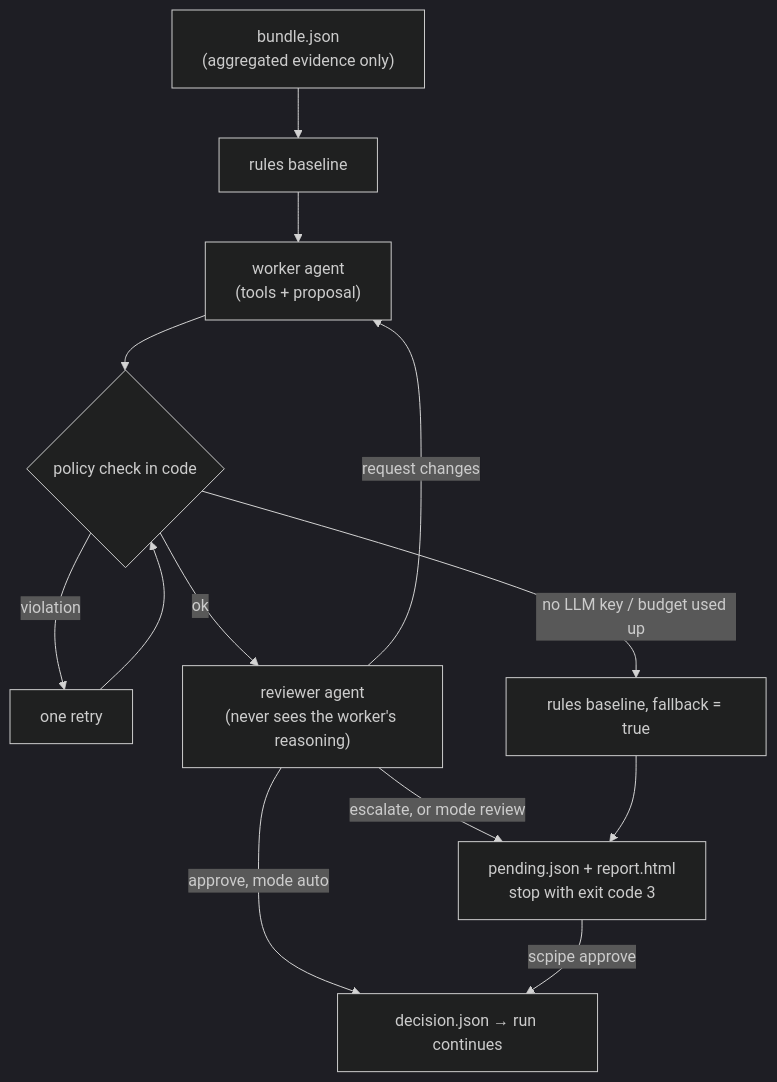
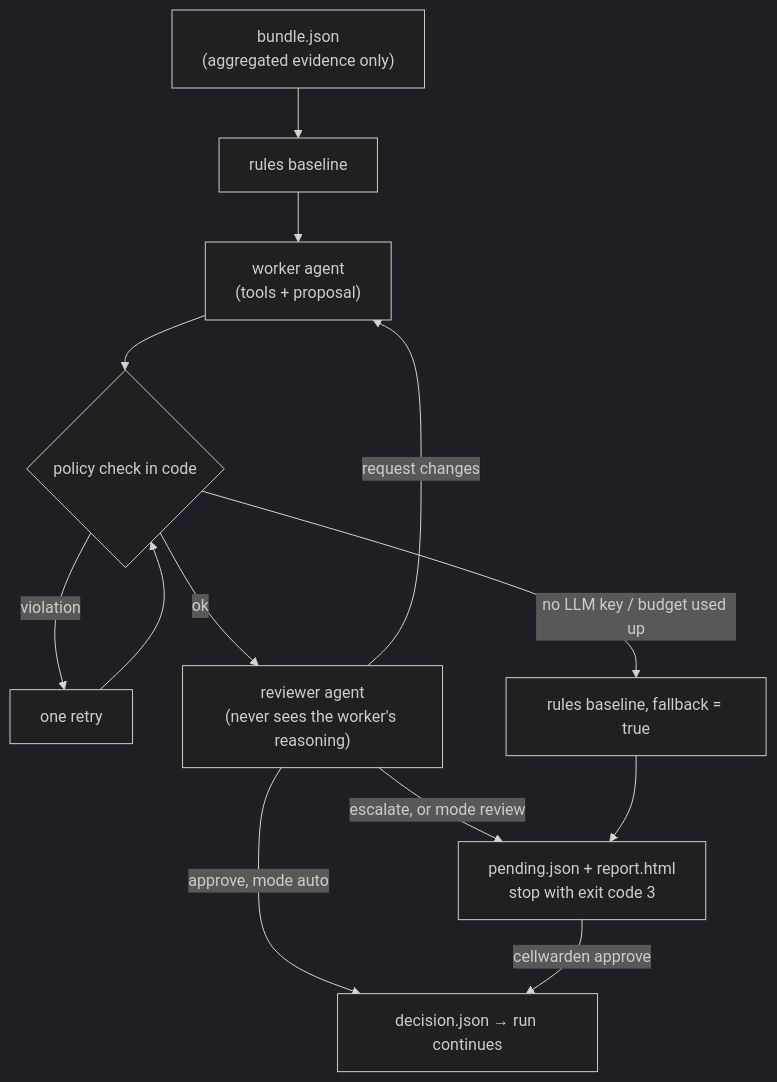
The second of 2 diagrams in docs/PIPELINE.md (ad2n15/singlecell-container), drawn with Mermaid (dark theme) before and after one commit. The commit also changed other lines of this file and 224 other files, not shown here.

````diff
--- a/docs/PIPELINE.md
+++ b/docs/PIPELINE.md
@@ -303,13 +303,13 @@
 ```mermaid
 flowchart TD
   B["bundle.json<br/>(aggregated evidence only)"] --> R0["rules baseline"]
   R0 --> W["worker agent<br/>(tools + proposal)"]
   W --> PC{"policy check in code"}
   PC -- violation --> W2["one retry"] --> PC
   PC -- ok --> RV["reviewer agent<br/>(never sees the worker's reasoning)"]
   RV -- request changes --> W
   RV -- "approve, mode auto" --> D["decision.json → run continues"]
   RV -- "escalate, or mode review" --> H["pending.json + report.html<br/>stop with exit code 3"]
-  H -- "scpipe approve" --> D
+  H -- "cellwarden approve" --> D
   PC -- "no LLM key / budget used up" --> F["rules baseline, fallback = true"] --> H
 ```
````
